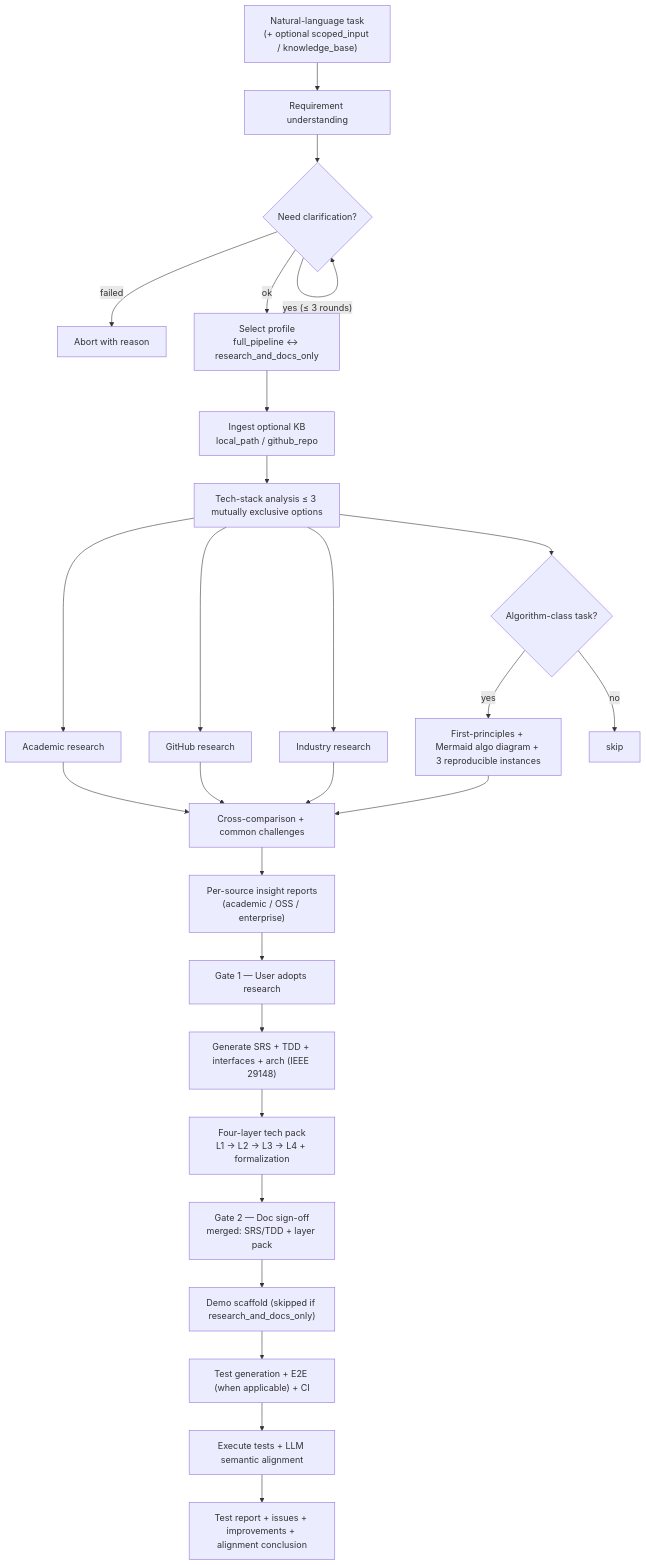
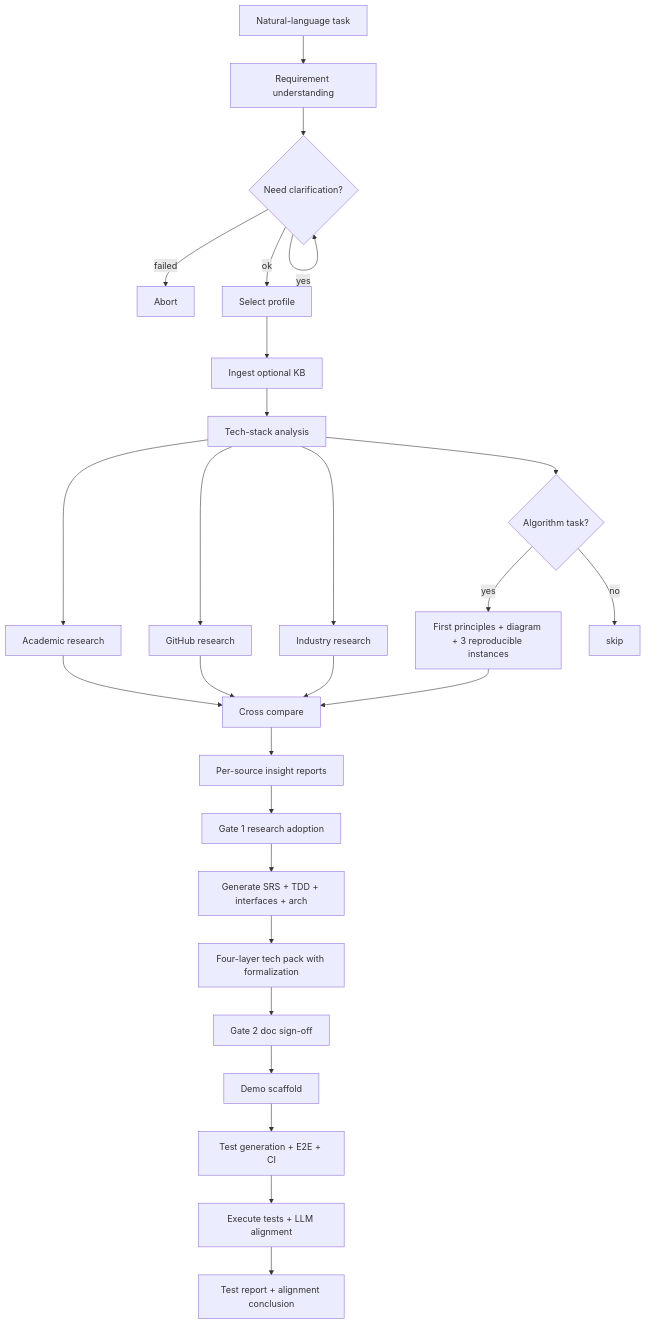
The diagram in README.md (18682922316/ProtoGenius), drawn with Mermaid before and after one commit. The commit also changed other lines of this file, not shown here.

Commit message:
docs(v2): simplify README pipeline Mermaid to plain-text labels only
The previous fix wrapped node labels in double quotes ("...") to escape
parentheses. That parses cleanly on the latest Mermaid release, but
GitHub's bundled Mermaid version still rejected the combination of
'<br/>' + parentheses inside a quoted label for some flowchart node IDs
in their actual rendering pipeline (user-confirmed: 'still has
problems').

Apply the safest possible fix: every flowchart node label is now plain
text, no parentheses, no '<br/>', no slashes, no colons, no em-dashes,
no Unicode arrows. The detailed annotations (profile-aware demo skip,
scoped_input optionality, IEEE 29148 alignment, gate semantics) move
to docs/state-machine.md where they're rendered as a state diagram +
prose, both of which render reliably on every Mermaid version GitHub
has shipped.

Validation: a local mermaid+jsdom harness now parses all four Mermaid
blocks (README, docs/state-machine.md, docs/four-layer-docs.md,
templates/arch_diagram.md) without error; the OLD bracket-with-parens
form is confirmed to fail with the exact 'Expecting SQE ... got PS'
error the user reported, ruling out a regression in another block.

````diff
--- a/README.md
+++ b/README.md
@@ -44,29 +44,30 @@
 ```mermaid
 flowchart TD
-    A["Natural-language task<br/>(+ optional scoped_input / knowledge_base)"] --> B[Requirement understanding]
+    A[Natural-language task]
+    A --> B[Requirement understanding]
     B --> C{Need clarification?}
-    C -- "yes (≤ 3 rounds)" --> C
-    C -- failed --> X[Abort with reason]
-    C -- ok --> SP["Select profile<br/>full_pipeline ↔ research_and_docs_only"]
-    SP --> KB["Ingest optional KB<br/>local_path / github_repo"]
-    KB --> D["Tech-stack analysis ≤ 3 mutually exclusive options"]
+    C -- yes --> C
+    C -- failed --> X[Abort]
+    C -- ok --> SP[Select profile]
+    SP --> KB[Ingest optional KB]
+    KB --> D[Tech-stack analysis]
     D --> E[Academic research]
     D --> F[GitHub research]
     D --> G[Industry research]
-    D --> H{Algorithm-class task?}
-    H -- yes --> I["First-principles + Mermaid algo diagram + 3 reproducible instances"]
+    D --> H{Algorithm task?}
+    H -- yes --> I[First principles + diagram + 3 reproducible instances]
     H -- no --> J[skip]
-    E --> K[Cross-comparison + common challenges]
+    E --> K[Cross compare]
     F --> K
     G --> K
     I --> K
-    K --> INS["Per-source insight reports<br/>(academic / OSS / enterprise)"]
-    INS --> L["Gate 1 — User adopts research"]
-    L --> M["Generate SRS + TDD + interfaces + arch (IEEE 29148)"]
-    M --> LD["Four-layer tech pack<br/>L1 → L2 → L3 → L4 + formalization"]
-    LD --> N["Gate 2 — Doc sign-off<br/>merged: SRS/TDD + layer pack"]
-    N --> O["Demo scaffold (skipped if research_and_docs_only)"]
-    O --> P["Test generation + E2E (when applicable) + CI"]
-    P --> Q[Execute tests + LLM semantic alignment]
-    Q --> R[Test report + issues + improvements + alignment conclusion]
+    K --> INS[Per-source insight reports]
+    INS --> L[Gate 1 research adoption]
+    L --> M[Generate SRS + TDD + interfaces + arch]
+    M --> LD[Four-layer tech pack with formalization]
+    LD --> N[Gate 2 doc sign-off]
+    N --> O[Demo scaffold]
+    O --> P[Test generation + E2E + CI]
+    P --> Q[Execute tests + LLM alignment]
+    Q --> R[Test report + alignment conclusion]
 ```
````
